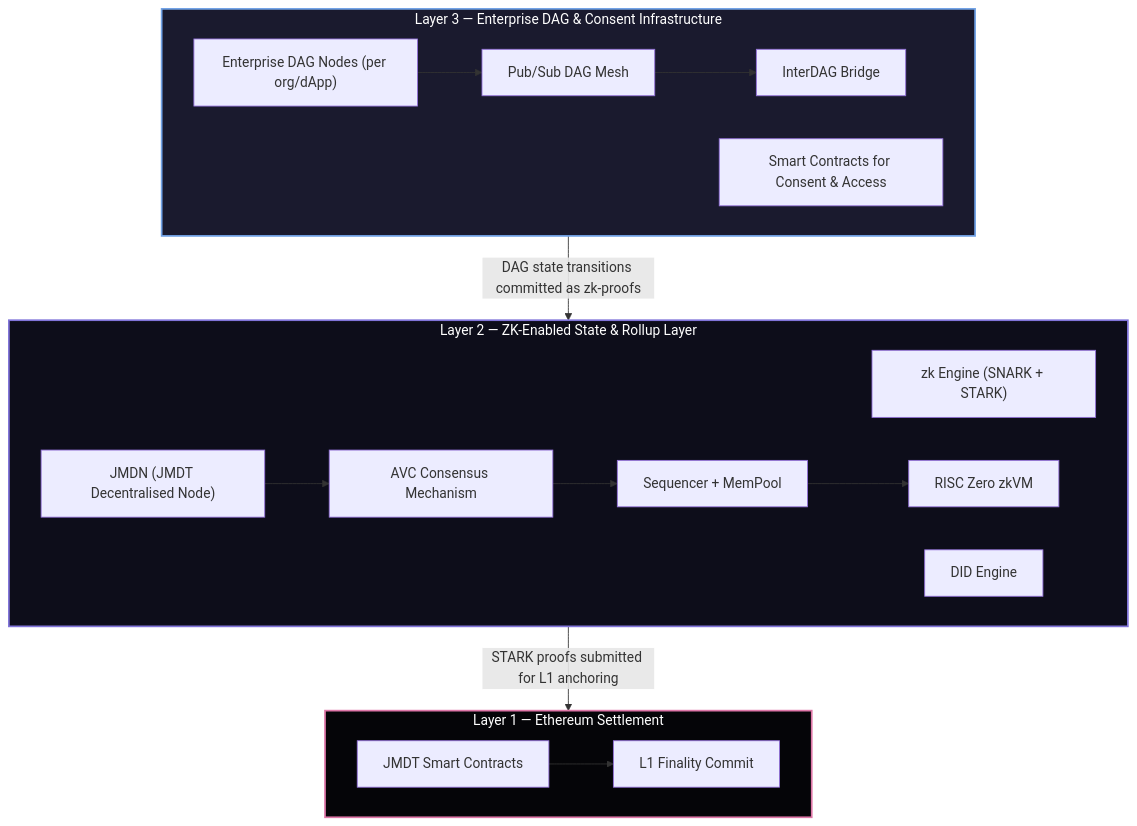
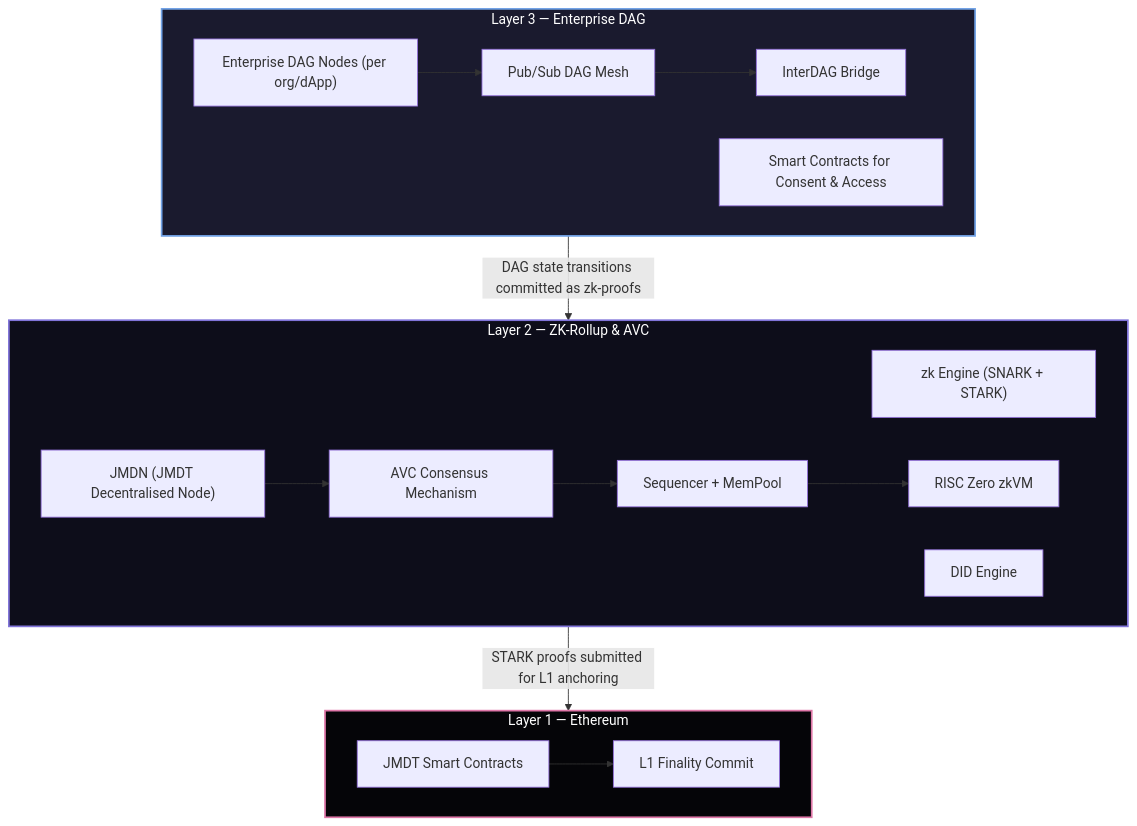
Before and after one commit to JupiterMetaLabs/docs: the diagram in docs/architecture.md, drawn with Mermaid.

Commit message:
fix(diagram): shorten Mermaid subgraph labels to prevent text wrapping
Long labels were overflowing the subgraph border and overlapping
node content — most visibly on the narrow L1 box where "Settlement"
wrapped onto a second line over the diagram nodes.

  L3: "Layer 3 — Enterprise DAG & Consent Infrastructure" → "Layer 3 — Enterprise DAG"
  L2: "Layer 2 — ZK-Enabled State & Rollup Layer"        → "Layer 2 — ZK-Rollup & AVC"
  L1: "Layer 1 — Ethereum Settlement"                    → "Layer 1 — Ethereum"

````diff
--- a/docs/architecture.md
+++ b/docs/architecture.md
@@ -17,35 +17,35 @@
 ```mermaid
 graph TD
-    subgraph L3["Layer 3 — Enterprise DAG & Consent Infrastructure"]
+    subgraph L3["Layer 3 — Enterprise DAG"]
         A1["Enterprise DAG Nodes (per org/dApp)"]
         A2["Pub/Sub DAG Mesh"]
         A3["InterDAG Bridge"]
         A4["Smart Contracts for Consent & Access"]
         A1 --> A2
         A2 --> A3
     end
     style L3 fill:#1a1a2e,stroke:#71a2e6,stroke-width:2px,color:#fff
 
-    subgraph L2["Layer 2 — ZK-Enabled State & Rollup Layer"]
+    subgraph L2["Layer 2 — ZK-Rollup & AVC"]
         B1["zk Engine (SNARK + STARK)"]
         B2["DID Engine"]
         B3["AVC Consensus Mechanism"]
         B4["Sequencer + MemPool"]
         B5["RISC Zero zkVM"]
         B6["JMDN (JMDT Decentralised Node)"]
         B3 --> B4
         B4 --> B5
         B6 --> B3
     end
     style L2 fill:#0d0d1a,stroke:#8074d9,stroke-width:2px,color:#fff
 
-    subgraph L1["Layer 1 — Ethereum Settlement"]
+    subgraph L1["Layer 1 — Ethereum"]
         C1["JMDT Smart Contracts"]
         C2["L1 Finality Commit"]
         C1 --> C2
     end
     style L1 fill:#050508,stroke:#df77a8,stroke-width:2px,color:#fff
 
     L3 -->|"DAG state transitions committed as zk-proofs"| L2
     L2 -->|"STARK proofs submitted for L1 anchoring"| L1
 ```
````
